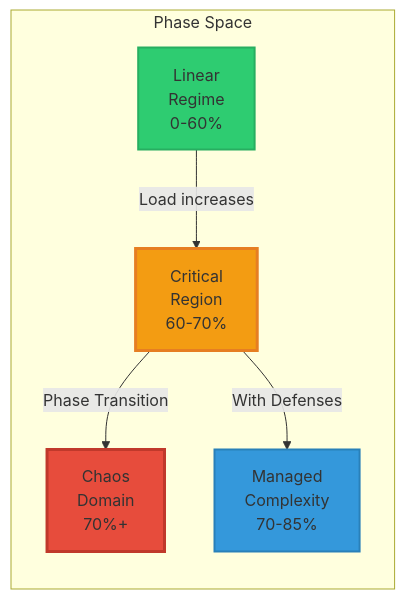
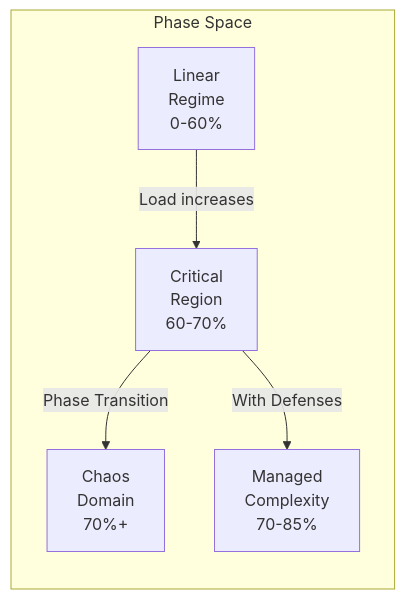
The first of 4 diagrams in docs/part1-axioms/law3-emergence/index.md (deepaucksharma/DStudio), drawn with Mermaid before and after one commit. The commit also changed other lines of this file and 13 other files, not shown here.

````diff
--- a/docs/part1-axioms/law3-emergence/index.md
+++ b/docs/part1-axioms/law3-emergence/index.md
@@ -48,13 +43,8 @@
 ```mermaid
 graph LR
     subgraph "Phase Space"
         A[Linear<br/>Regime<br/>0-60%] -->|Load increases| B[Critical<br/>Region<br/>60-70%]
         B -->|Phase Transition| C[Chaos<br/>Domain<br/>70%+]
         B -->|With Defenses| D[Managed<br/>Complexity<br/>70-85%]
-        
-        style A fill:#2ecc71,stroke:#27ae60,stroke-width:2px
-        style B fill:#f39c12,stroke:#e67e22,stroke-width:3px
-        style C fill:#e74c3c,stroke:#c0392b,stroke-width:3px
-        style D fill:#3498db,stroke:#2980b9,stroke-width:2px
     end
 ```
````
